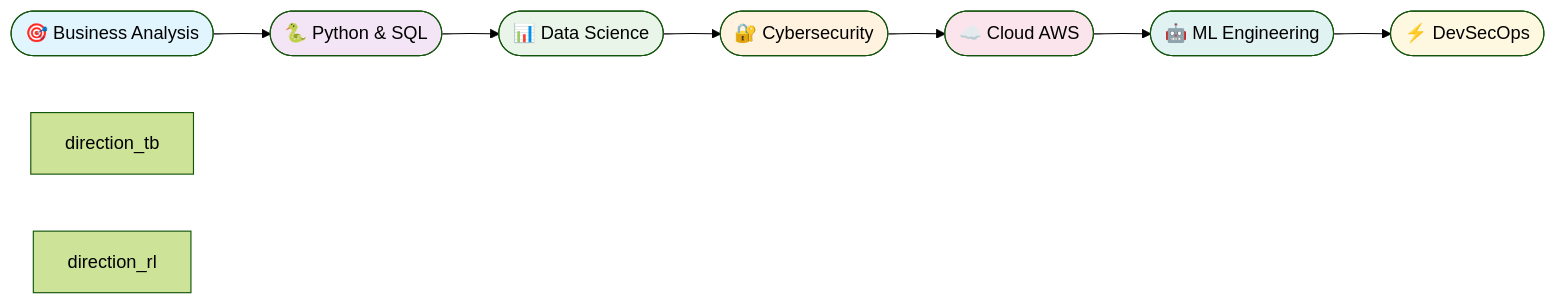
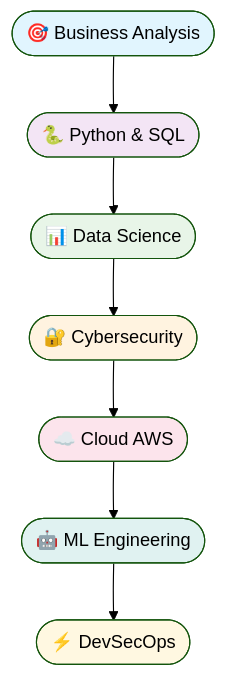
Before and after one commit to AldBer/DataScience-Portfolio: the diagram in README.md, drawn with Mermaid (forest theme).

Commit message:
Update flowchart direction in README.md

`````diff
--- a/README.md
+++ b/README.md
@@ -68,19 +68,17 @@
 ```mermaid
-graph LR
+graph TB
     A([🎯 Business Analysis]) --> B([🐍 Python & SQL])
     B --> C([📊 Data Science])
     C --> D([🔐 Cybersecurity])
-direction_tb
     D --> E([☁️ Cloud AWS])
-direction_rl
     E --> F([🤖 ML Engineering])
     F --> G([⚡ DevSecOps])
     
     style A fill:#e1f5fe
     style B fill:#f3e5f5
     style C fill:#e8f5e8
     style D fill:#fff3e0
     style E fill:#fce4ec
     style F fill:#e0f2f1
     style G fill:#fff8e1
 ````
`````
